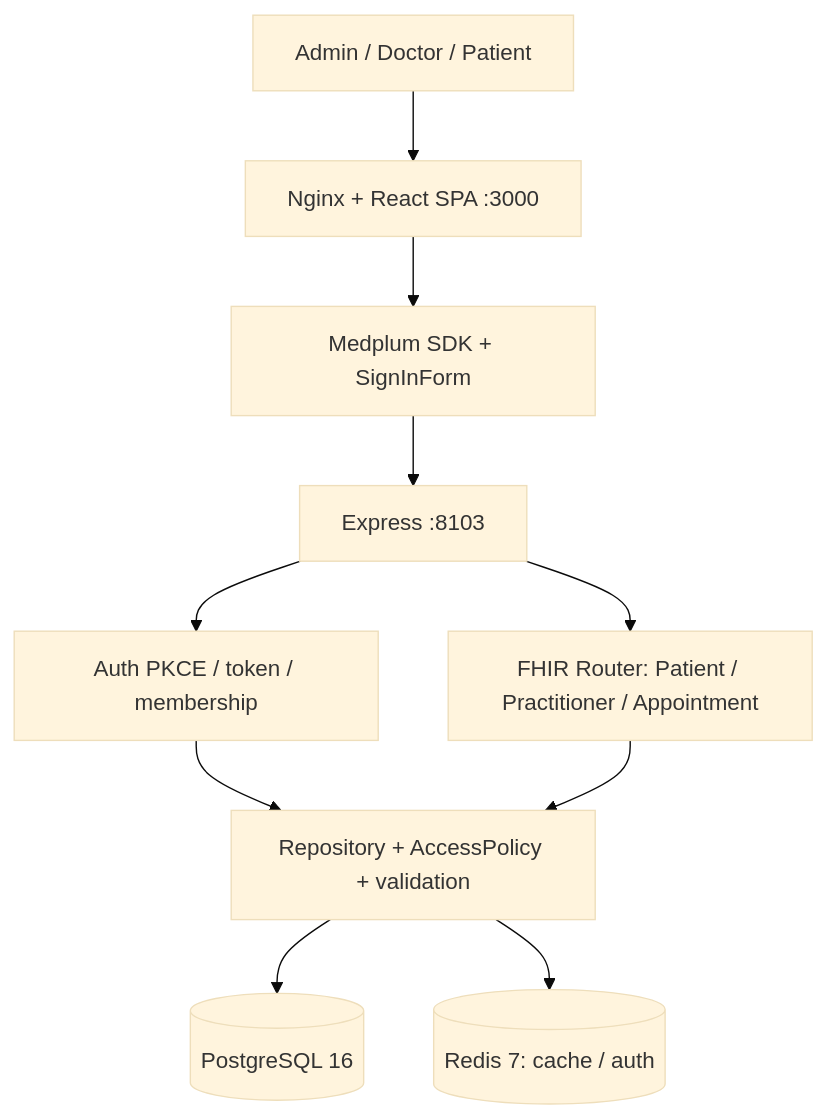
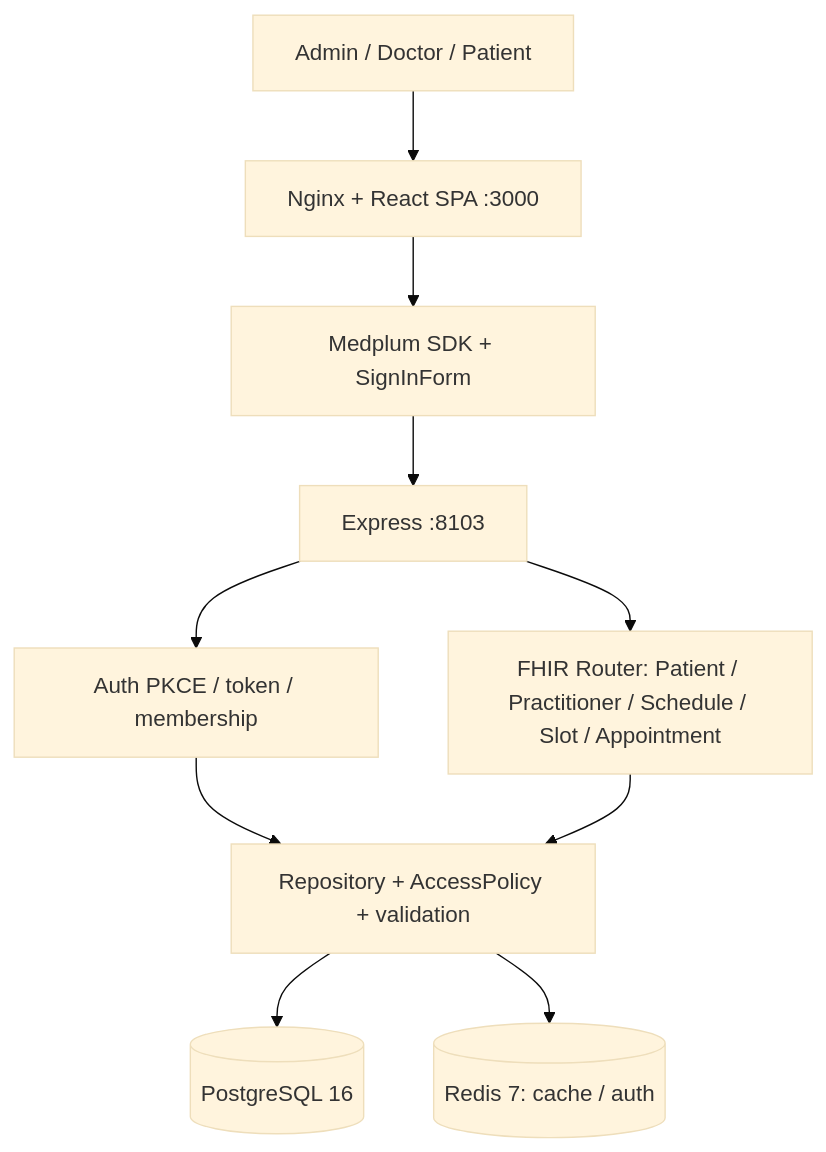
Before and after one commit to ntd1928/Smart-Hospital-Platform: the diagram in docs/architecture/ARCHITECTURE.md, drawn with Mermaid (base theme). The commit also changed other lines of this file, not shown here.

Commit message:
docs(architecture): describe appointment scheduling resources

````diff
--- a/docs/architecture/ARCHITECTURE.md
+++ b/docs/architecture/ARCHITECTURE.md
@@ -3,12 +3,12 @@
 ```mermaid
 flowchart TD
   U[Admin / Doctor / Patient] --> WEB[Nginx + React SPA :3000]
   WEB --> SDK[Medplum SDK + SignInForm]
   SDK --> API[Express :8103]
   API --> AUTH[Auth PKCE / token / membership]
-  API --> FHIR[FHIR Router: Patient / Practitioner / Appointment]
+  API --> FHIR[FHIR Router: Patient / Practitioner / Schedule / Slot / Appointment]
   AUTH --> REPO[Repository + AccessPolicy + validation]
   FHIR --> REPO
   REPO --> PG[(PostgreSQL 16)]
   REPO --> R[(Redis 7: cache / auth)]
 ```
````
